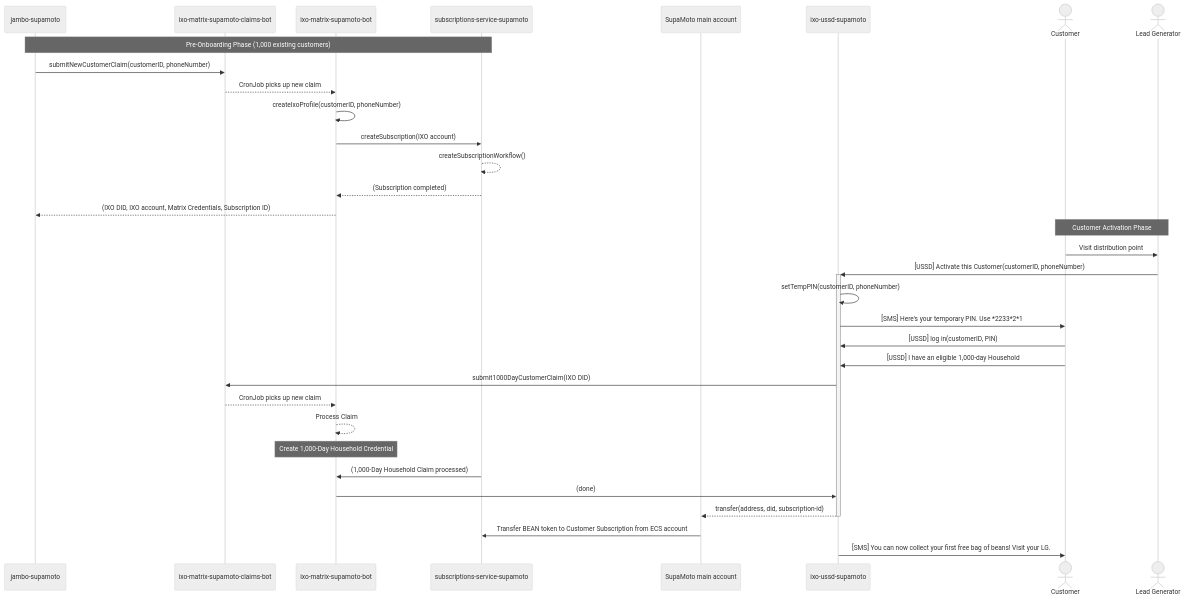
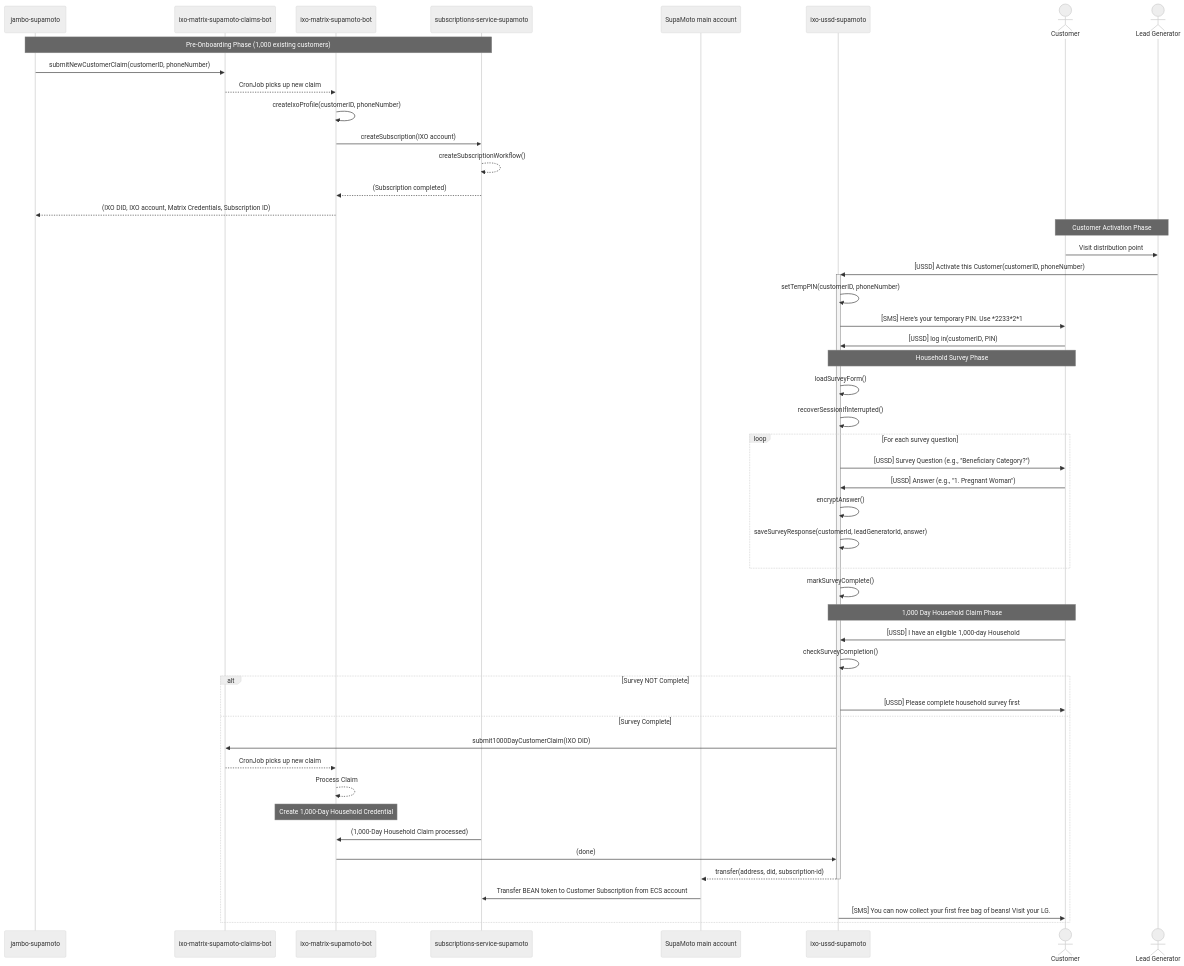
The first of 4 diagrams in docs/supamoto/SEQUENCE_DIAGRAM.md (emerging-eco/ixo-ussd-supamoto), drawn with Mermaid (neutral theme) before and after one commit. The commit also changed other lines of this file and 17 other files, not shown here.

````diff
--- a/docs/supamoto/SEQUENCE_DIAGRAM.md
+++ b/docs/supamoto/SEQUENCE_DIAGRAM.md
@@ -13,37 +13,55 @@
 ```mermaid
 sequenceDiagram
     participant jambo as jambo-supamoto
     participant claims-bot as ixo-matrix-supamoto-claims-bot
     participant matrix-bot as ixo-matrix-supamoto-bot
     participant subs-svc as subscriptions-service-supamoto
     participant SUPA as SupaMoto main account
     participant USSD as ixo-ussd-supamoto
     actor Customer
     actor LG as Lead Generator
 
     Note over jambo,subs-svc: Pre-Onboarding Phase (1,000 existing customers)
     jambo->>claims-bot: submitNewCustomerClaim(customerID, phoneNumber)
     claims-bot-->>matrix-bot: CronJob picks up new claim
     matrix-bot->>matrix-bot: createIxoProfile(customerID, phoneNumber)
     matrix-bot->>subs-svc: createSubscription(IXO account)
     subs-svc-->>subs-svc: createSubscriptionWorkflow()
     subs-svc-->>matrix-bot: (Subscription completed)
     matrix-bot-->>jambo: (IXO DID, IXO account, Matrix Credentials, Subscription ID)
 
     Note over Customer,LG: Customer Activation Phase
     Customer->>LG: Visit distribution point
     LG->>+USSD: [USSD] Activate this Customer(customerID, phoneNumber)
     USSD->>USSD: setTempPIN(customerID, phoneNumber)
     USSD->>Customer: [SMS] Here's your temporary PIN. Use *2233*2*1# to log in and reset your PIN.
     Customer->>USSD: [USSD] log in(customerID, PIN)
+
+    Note over USSD,Customer: Household Survey Phase
+    USSD->>USSD: loadSurveyForm()
+    USSD->>USSD: recoverSessionIfInterrupted()
+    loop For each survey question
+        USSD->>Customer: [USSD] Survey Question (e.g., "Beneficiary Category?")
+        Customer->>USSD: [USSD] Answer (e.g., "1. Pregnant Woman")
+        USSD->>USSD: encryptAnswer()
+        USSD->>USSD: saveSurveyResponse(customerId, leadGeneratorId, answer)
+    end
+    USSD->>USSD: markSurveyComplete()
+
+    Note over USSD,Customer: 1,000 Day Household Claim Phase
     Customer->>USSD: [USSD] I have an eligible 1,000-day Household
-    USSD->>claims-bot: submit1000DayCustomerClaim(IXO DID)
-    claims-bot-->>matrix-bot: CronJob picks up new claim
-    matrix-bot-->>matrix-bot: Process Claim
-    Note over matrix-bot: Create 1,000-Day Household Credential
-    subs-svc->>matrix-bot: (1,000-Day Household Claim processed)
-    matrix-bot->>USSD: (done)
-    USSD-->>-SUPA: transfer(address, did, subscription-id)
-    SUPA->>subs-svc: Transfer BEAN token to Customer Subscription from ECS account
-    USSD->>Customer: [SMS] You can now collect your first free bag of beans! Visit your LG.
+    USSD->>USSD: checkSurveyCompletion()
+    alt Survey NOT Complete
+        USSD->>Customer: [USSD] Please complete household survey first
+    else Survey Complete
+        USSD->>claims-bot: submit1000DayCustomerClaim(IXO DID)
+        claims-bot-->>matrix-bot: CronJob picks up new claim
+        matrix-bot-->>matrix-bot: Process Claim
+        Note over matrix-bot: Create 1,000-Day Household Credential
+        subs-svc->>matrix-bot: (1,000-Day Household Claim processed)
+        matrix-bot->>USSD: (done)
+        USSD-->>-SUPA: transfer(address, did, subscription-id)
+        SUPA->>subs-svc: Transfer BEAN token to Customer Subscription from ECS account
+        USSD->>Customer: [SMS] You can now collect your first free bag of beans! Visit your LG.
+    end
 ```
````
